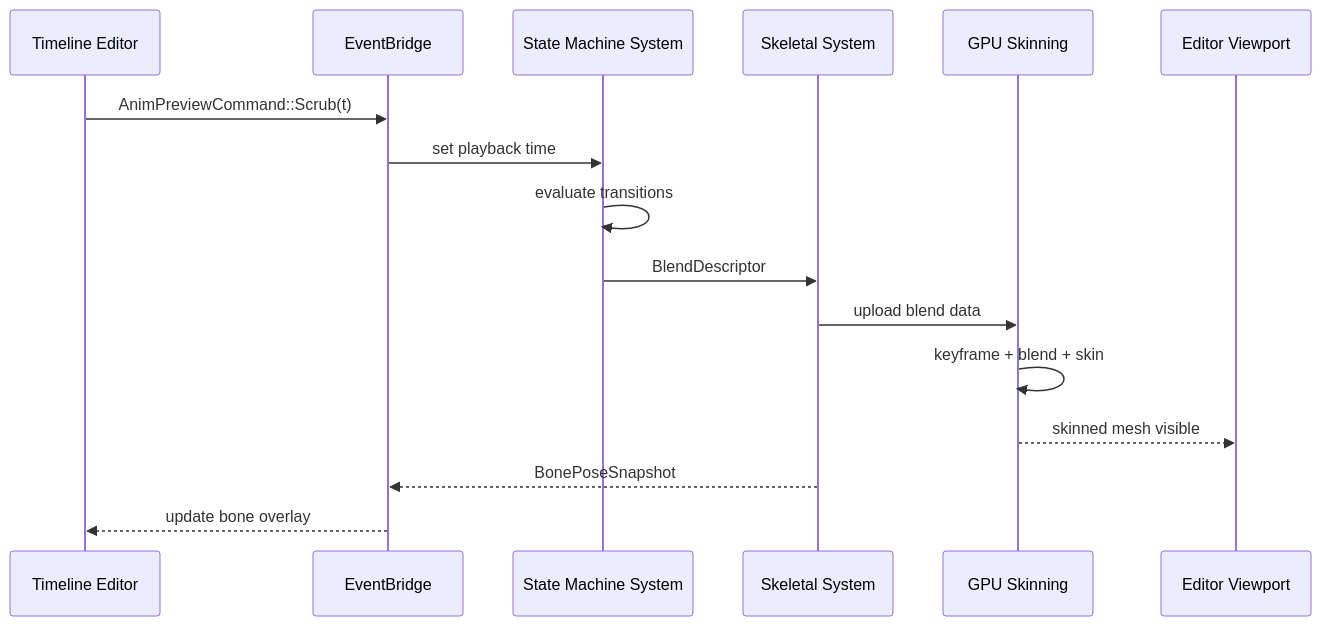
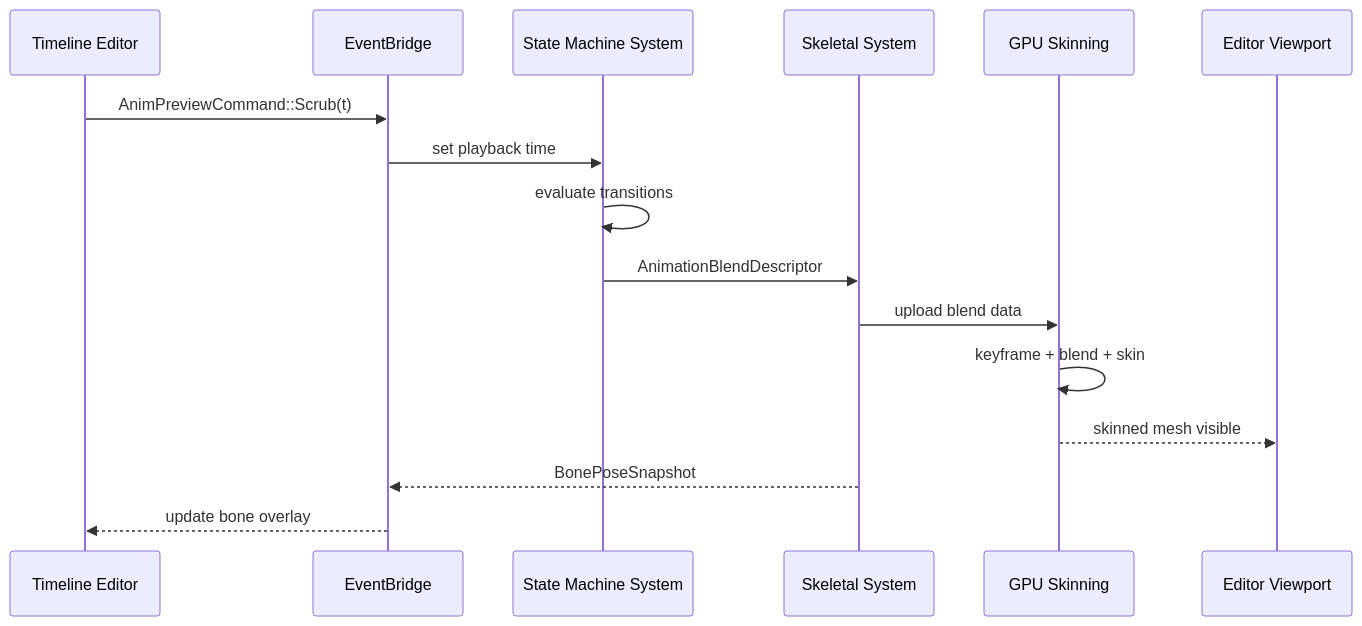
One commit to harmonius-dev/harmonius changed the first of 2 diagrams in docs/design/integration/editor-animation.md. Above: the diagram before and after it, drawn with Mermaid. The commit also changed other lines of this file and 57 other files, not shown here.

````diff
--- a/docs/design/integration/editor-animation.md
+++ b/docs/design/integration/editor-animation.md
@@ -61,19 +123,19 @@
 ```mermaid
 sequenceDiagram
     participant TL as Timeline Editor
     participant EB as EventBridge
     participant SM as State Machine System
     participant SK as Skeletal System
     participant GPU as GPU Skinning
     participant VP as Editor Viewport
 
     TL->>EB: AnimPreviewCommand::Scrub(t)
     EB->>SM: set playback time
     SM->>SM: evaluate transitions
-    SM->>SK: BlendDescriptor
+    SM->>SK: AnimationBlendDescriptor
     SK->>GPU: upload blend data
     GPU->>GPU: keyframe + blend + skin
     GPU-->>VP: skinned mesh visible
     SK-->>EB: BonePoseSnapshot
     EB-->>TL: update bone overlay
 ```
````
